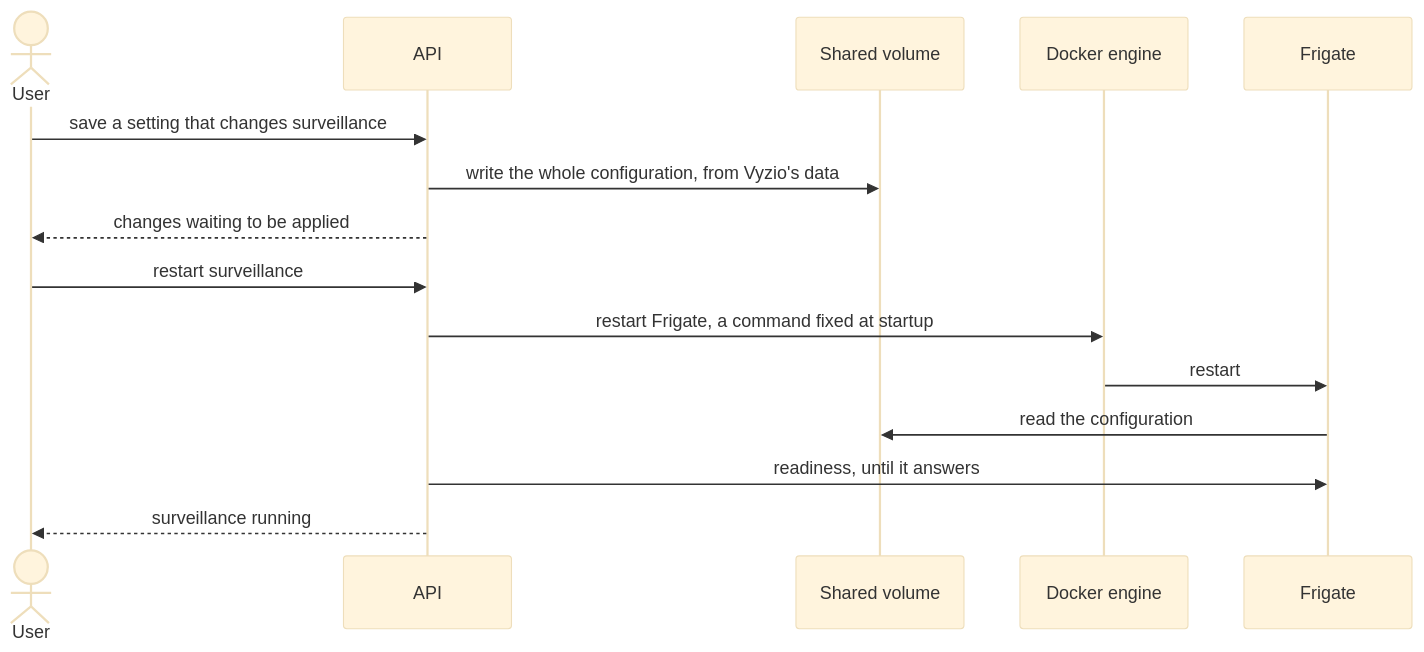
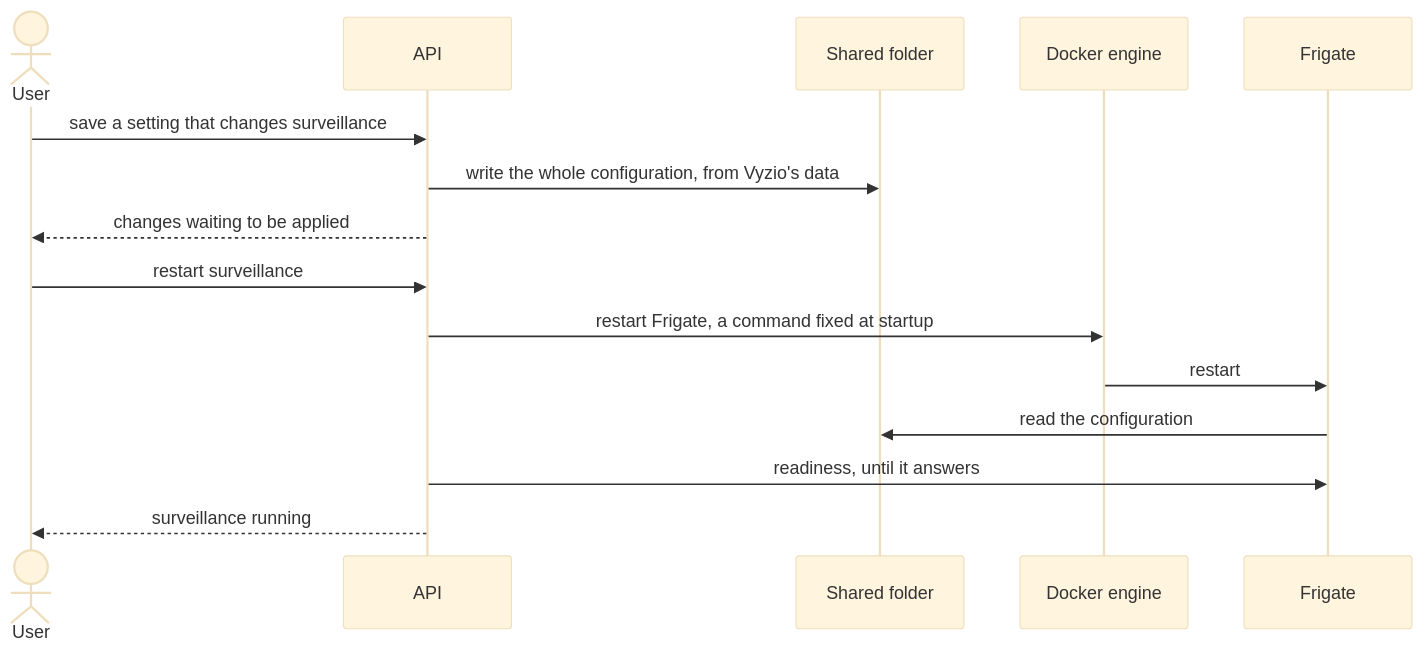
The sixth of 6 diagrams in docs/SAD.md (KelianS/vyzio), drawn with Mermaid (base theme) before and after one commit. The commit also changed other lines of this file and 16 other files, not shown here.

````diff
--- a/docs/SAD.md
+++ b/docs/SAD.md
@@ -209,17 +209,17 @@
 ```mermaid
 sequenceDiagram
     actor U as User
     participant A as API
-    participant V as Shared volume
+    participant V as Shared folder
     participant D as Docker engine
     participant F as Frigate
     U->>A: save a setting that changes surveillance
     A->>V: write the whole configuration, from Vyzio's data
     A-->>U: changes waiting to be applied
     U->>A: restart surveillance
     A->>D: restart Frigate, a command fixed at startup
     D->>F: restart
     F->>V: read the configuration
     A->>F: readiness, until it answers
     A-->>U: surveillance running
 ```
````
